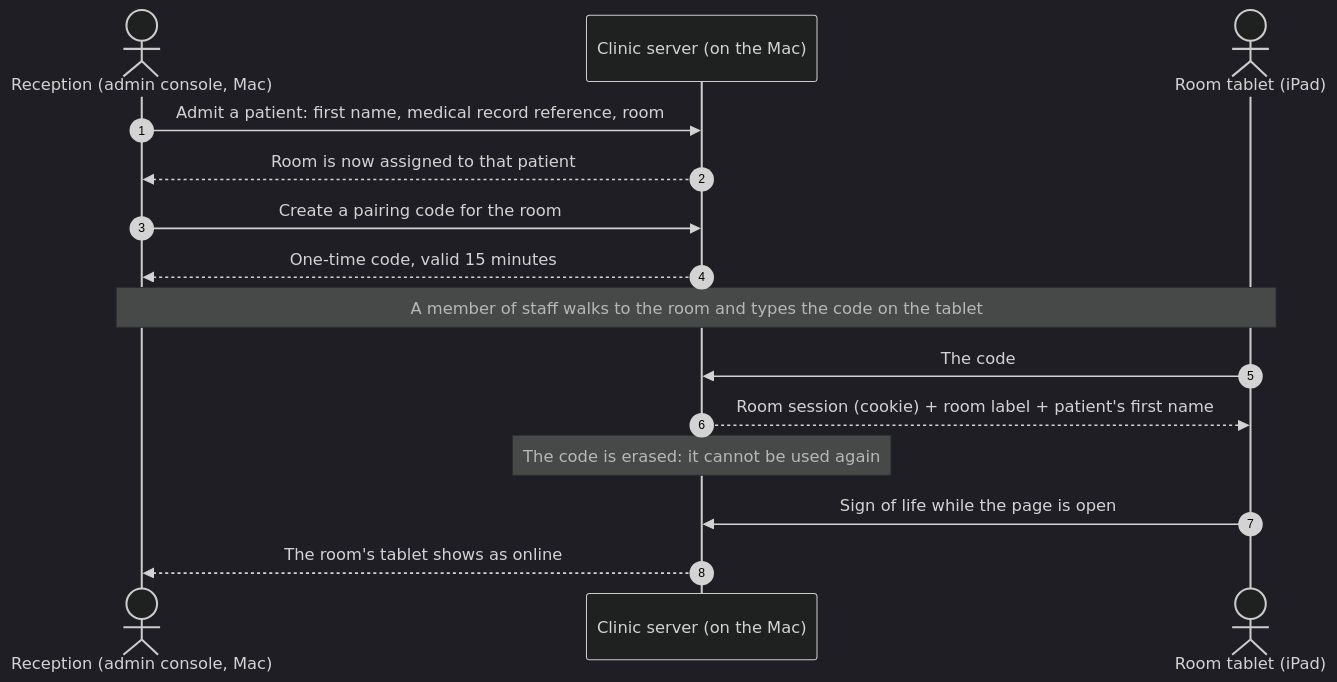
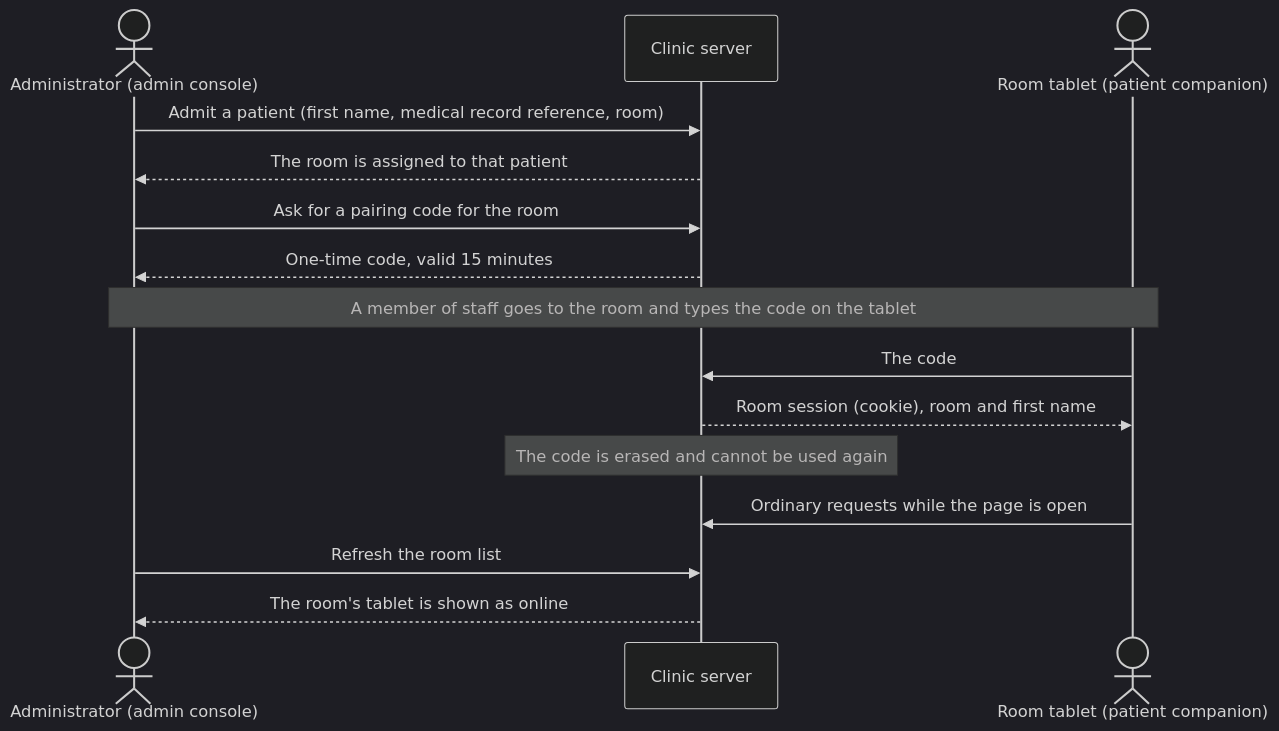
The diagram in docs/PATIENT_ROOM_PAIRING.md (choaibakrz/Care), drawn with Mermaid (dark theme) before and after one commit. The commit also changed other lines of this file and 3 other files, not shown here.

First line of the commit message:
docs: correct the room-tablet pairing page after an independent review

````diff
--- a/docs/PATIENT_ROOM_PAIRING.md
+++ b/docs/PATIENT_ROOM_PAIRING.md
@@ -19,18 +20,18 @@
 ```mermaid
 sequenceDiagram
-    autonumber
-    actor Staff as Reception (admin console, Mac)
-    participant Server as Clinic server (on the Mac)
-    actor Tablet as Room tablet (iPad)
+    actor Staff as Administrator (admin console)
+    participant Server as Clinic server
+    actor Tablet as Room tablet (patient companion)
 
-    Staff->>Server: Admit a patient: first name, medical record reference, room
-    Server-->>Staff: Room is now assigned to that patient
-    Staff->>Server: Create a pairing code for the room
+    Staff->>Server: Admit a patient (first name, medical record reference, room)
+    Server-->>Staff: The room is assigned to that patient
+    Staff->>Server: Ask for a pairing code for the room
     Server-->>Staff: One-time code, valid 15 minutes
-    Note over Staff,Tablet: A member of staff walks to the room and types the code on the tablet
+    Note over Staff,Tablet: A member of staff goes to the room and types the code on the tablet
     Tablet->>Server: The code
-    Server-->>Tablet: Room session (cookie) + room label + patient's first name
-    Note over Server: The code is erased: it cannot be used again
-    Tablet->>Server: Sign of life while the page is open
-    Server-->>Staff: The room's tablet shows as online
+    Server-->>Tablet: Room session (cookie), room and first name
+    Note over Server: The code is erased and cannot be used again
+    Tablet->>Server: Ordinary requests while the page is open
+    Staff->>Server: Refresh the room list
+    Server-->>Staff: The room's tablet is shown as online
 ```
````
